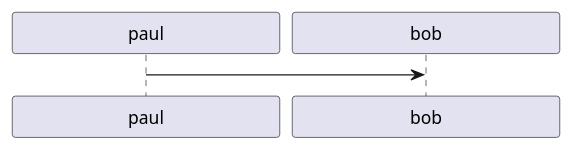
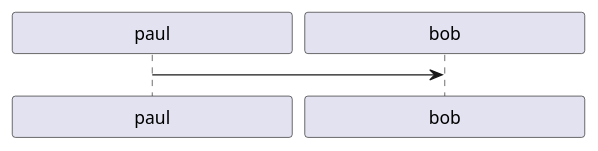
The diagram in plantuml/test2.puml (rafaelbrandaof/plantuml), drawn with PlantUML before and after one commit. The commit also changed 1 other file, not shown here.

```diff
--- a/plantuml/test2.puml
+++ b/plantuml/test2.puml
@@ -1,4 +1,4 @@
 @startuml
-skinparam minClassWidth 200
+skinparam minClassWidth 210
 paul->bob
 @enduml
```
